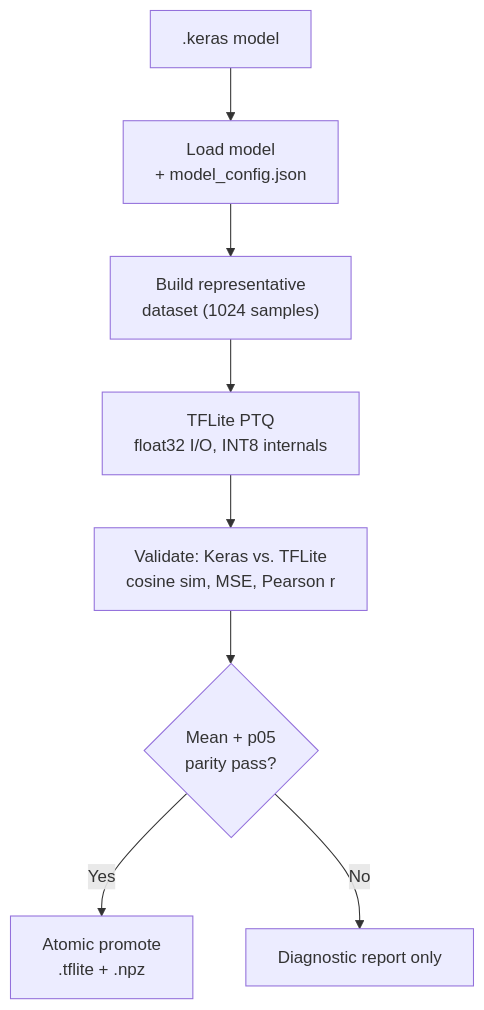
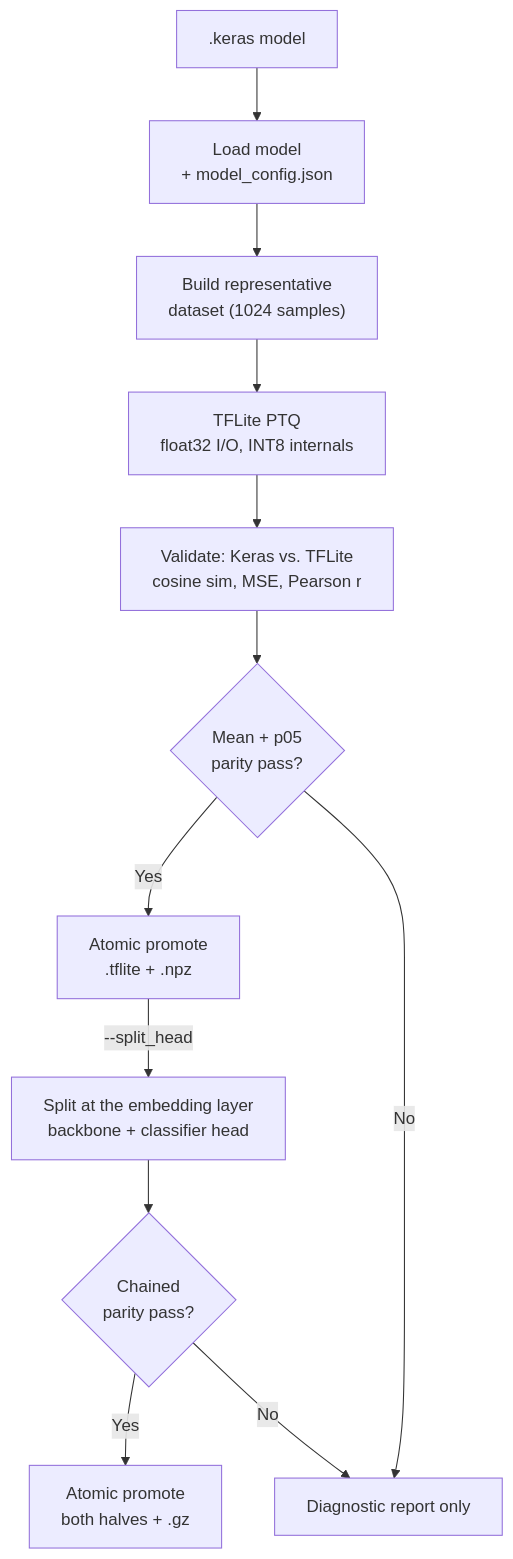
Before and after one commit to birdnet-team/birdnet-stm32: the first of 2 diagrams in docs/conversion.md, drawn with Mermaid. The commit also changed other lines of this file and 8 other files, not shown here.

````diff
--- a/docs/conversion.md
+++ b/docs/conversion.md
@@ -24,10 +30,14 @@
 ```mermaid
 flowchart TD
     A[".keras model"] --> B["Load model\n+ model_config.json"]
     B --> C["Build representative\ndataset (1024 samples)"]
     C --> D["TFLite PTQ\nfloat32 I/O, INT8 internals"]
     D --> E["Validate: Keras vs. TFLite\ncosine sim, MSE, Pearson r"]
     E --> F{"Mean + p05\nparity pass?"}
     F -->|Yes| G["Atomic promote\n.tflite + .npz"]
     F -->|No| H["Diagnostic report only"]
+    G -->|"--split_head"| I["Split at the embedding layer\nbackbone + classifier head"]
+    I --> J{"Chained\nparity pass?"}
+    J -->|Yes| K["Atomic promote\nboth halves + .gz"]
+    J -->|No| H
 ```
````
